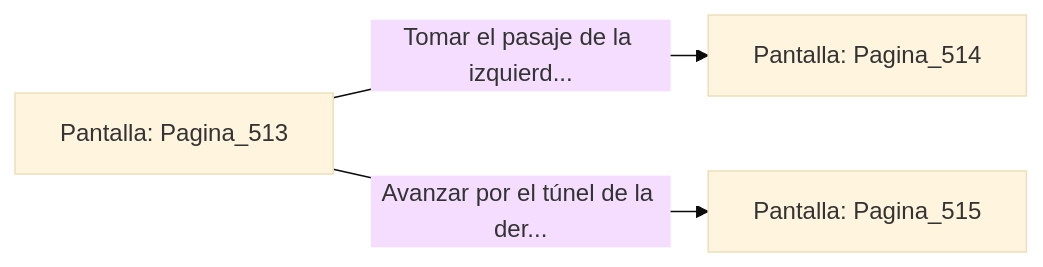
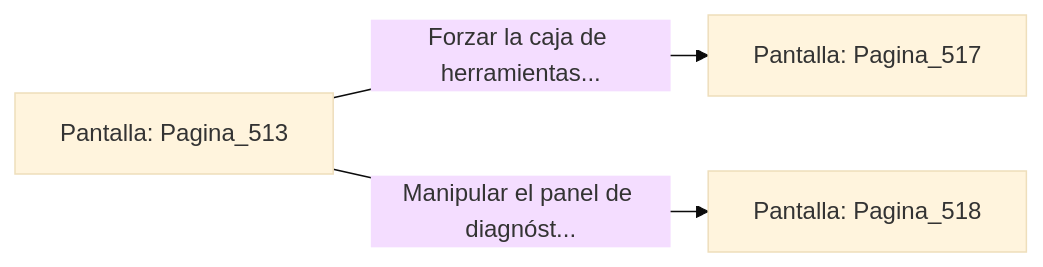
Before and after one commit to metsuke/mpl: the diagram in sample/eligejuego-vault/Pantalla_Pagina_513.md, drawn with Mermaid (base theme). The commit also changed other lines of this file and 635 other files, not shown here.

First line of the commit message:
fix: añadir Pagina_1 como pantalla inicial en capitulo_01.mpl

````diff
--- a/sample/eligejuego-vault/Pantalla_Pagina_513.md
+++ b/sample/eligejuego-vault/Pantalla_Pagina_513.md
@@ -20,6 +24,6 @@
 ```mermaid
 graph LR
     P_Pagina_513["Pantalla: Pagina_513"]
-    P_Pagina_513 -->|"Tomar el pasaje de la izquierd..."| P_Pagina_514["Pantalla: Pagina_514"]
-    P_Pagina_513 -->|"Avanzar por el túnel de la der..."| P_Pagina_515["Pantalla: Pagina_515"]
+    P_Pagina_513 -->|"Forzar la caja de herramientas..."| P_Pagina_517["Pantalla: Pagina_517"]
+    P_Pagina_513 -->|"Manipular el panel de diagnóst..."| P_Pagina_518["Pantalla: Pagina_518"]
 ```
````
